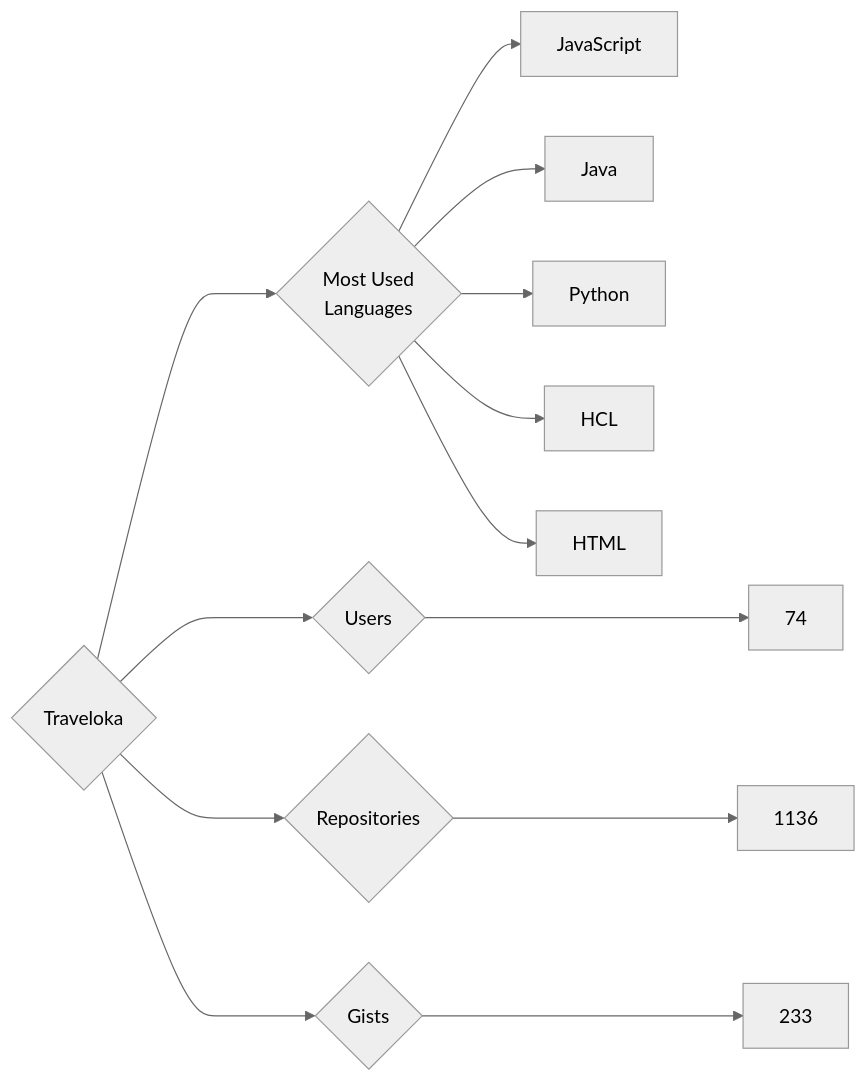
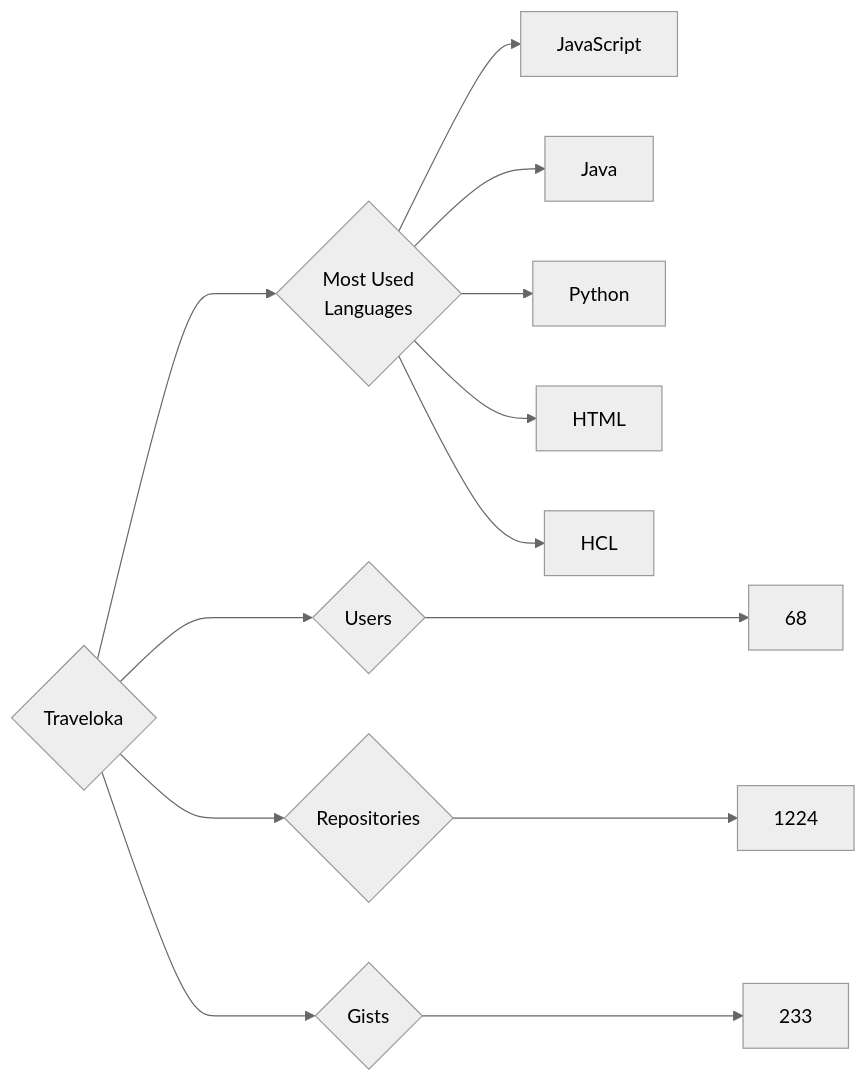
One commit to trickest/insiders changed the diagram in targets/Traveloka/README.md. Above: the diagram before and after it, drawn with Mermaid (neutral theme). The commit also changed 823 other files, not shown here.

````diff
--- a/targets/Traveloka/README.md
+++ b/targets/Traveloka/README.md
@@ -3,13 +3,13 @@
 ```mermaid
 graph LR
 COMPANY_NAME{Traveloka}
-COMPANY_NAME ---> U{Users} ---> UN[74]
-COMPANY_NAME ---> R{Repositories} ---> RN[1136]
+COMPANY_NAME ---> U{Users} ---> UN[68]
+COMPANY_NAME ---> R{Repositories} ---> RN[1224]
 COMPANY_NAME ---> G{Gists} ---> GN[233]
 COMPANY_NAME ---> ML{Most Used<br>Languages}
 ML --> JavaScript[JavaScript]
 ML --> Java[Java]
 ML --> Python[Python]
+ML --> HTML[HTML]
 ML --> HCL[HCL]
-ML --> HTML[HTML]
 ```
````
